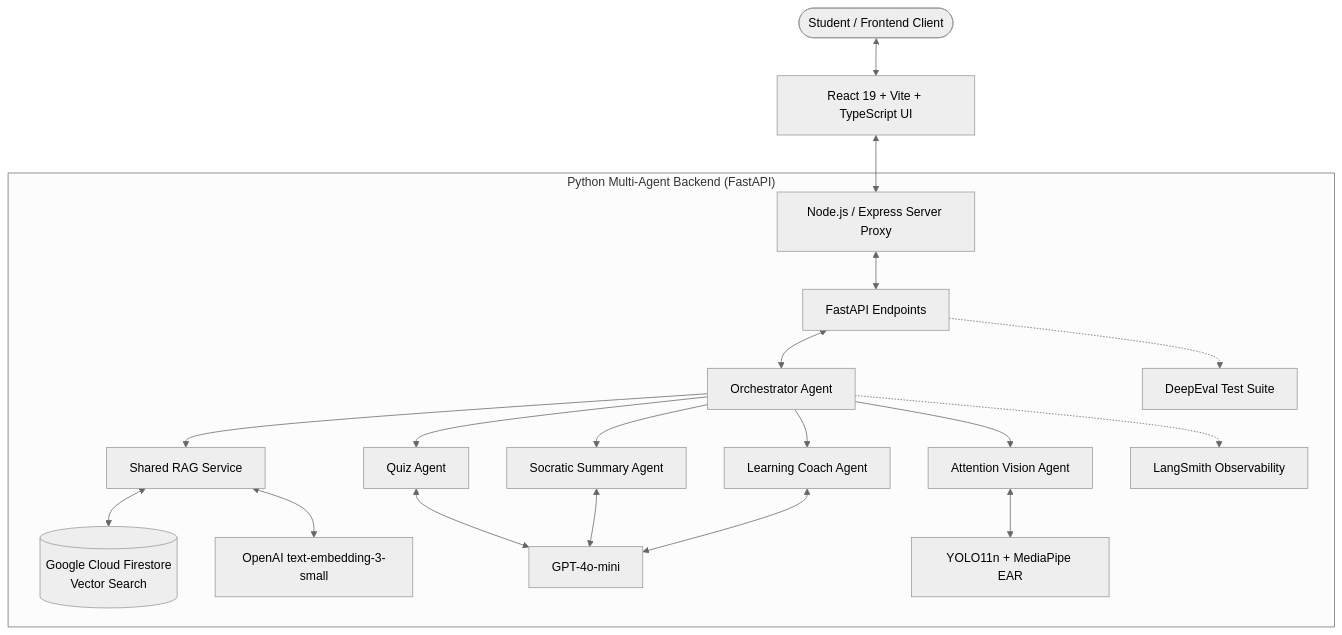
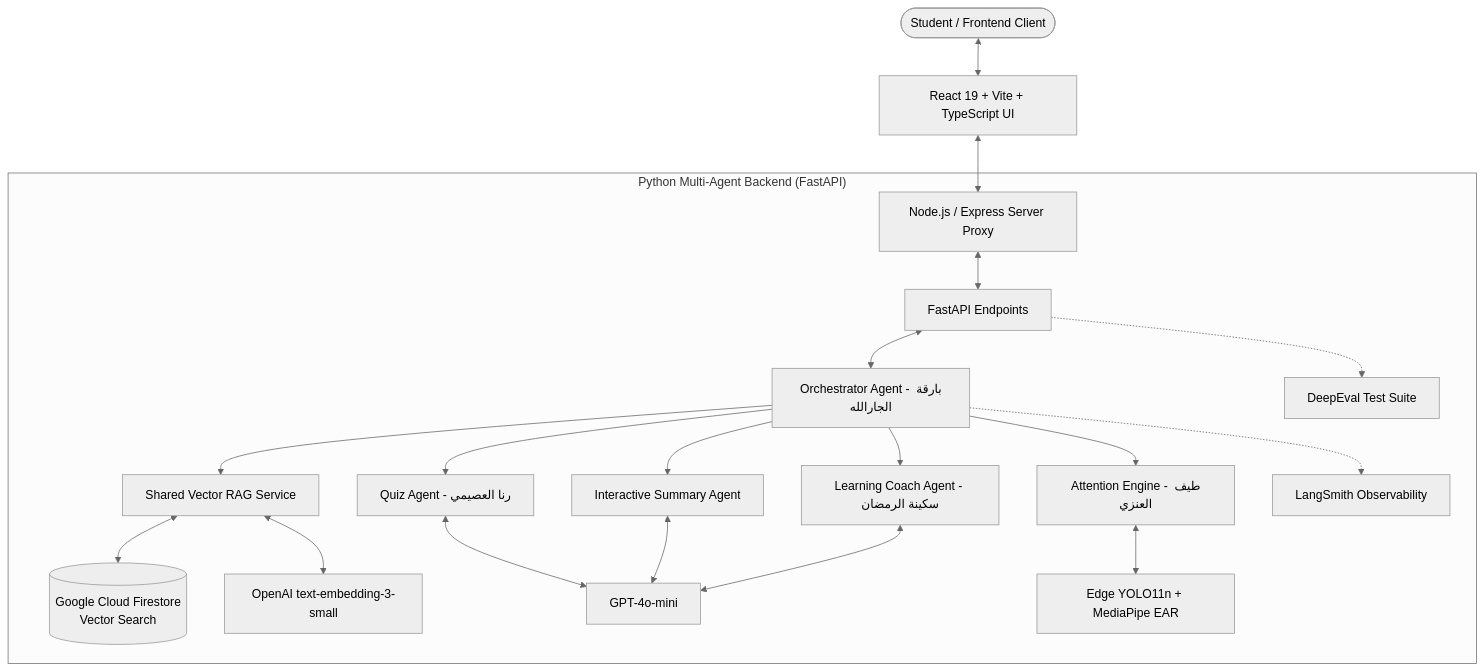
One commit to Attocus/Attocus changed the diagram in README.md. Above: the diagram before and after it, drawn with Mermaid (neutral theme). The commit also changed other lines of this file and 9 other files, not shown here.

````diff
--- a/README.md
+++ b/README.md
@@ -49,28 +56,28 @@
 ```mermaid
 graph TD
     User([Student / Frontend Client]) <--> UI[React 19 + Vite + TypeScript UI]
     UI <--> Express[Node.js / Express Server Proxy]
     
     subgraph "Python Multi-Agent Backend (FastAPI)"
         Express <--> API[FastAPI Endpoints]
-        API <--> Orch[Orchestrator Agent]
+        API <--> Orch[Orchestrator Agent - بارقة الجارالله]
         
-        Orch --> RAG[Shared RAG Service]
-        Orch --> Quiz[Quiz Agent]
-        Orch --> Soc[Socratic Summary Agent]
-        Orch --> Coach[Learning Coach Agent]
-        Orch --> Vision[Attention Vision Agent]
+        Orch --> RAG[Shared Vector RAG Service]
+        Orch --> Quiz[Quiz Agent - رنا العصيمي]
+        Orch --> Sum[Interactive Summary Agent]
+        Orch --> Coach[Learning Coach Agent - سكينة الرمضان]
+        Orch --> Vision[Attention Engine - طيف العنزي]
         
         RAG <--> FS[(Google Cloud Firestore\nVector Search)]
         RAG <--> Embed[OpenAI text-embedding-3-small]
         
         Quiz <--> LLM[GPT-4o-mini]
-        Soc <--> LLM
+        Sum <--> LLM
         Coach <--> LLM
         
-        Vision <--> YOLO[YOLO11n + MediaPipe EAR]
+        Vision <--> YOLO[Edge YOLO11n + MediaPipe EAR]
         
         Orch -.-> LS[LangSmith Observability]
         API -.-> DE[DeepEval Test Suite]
     end
 ```
````
